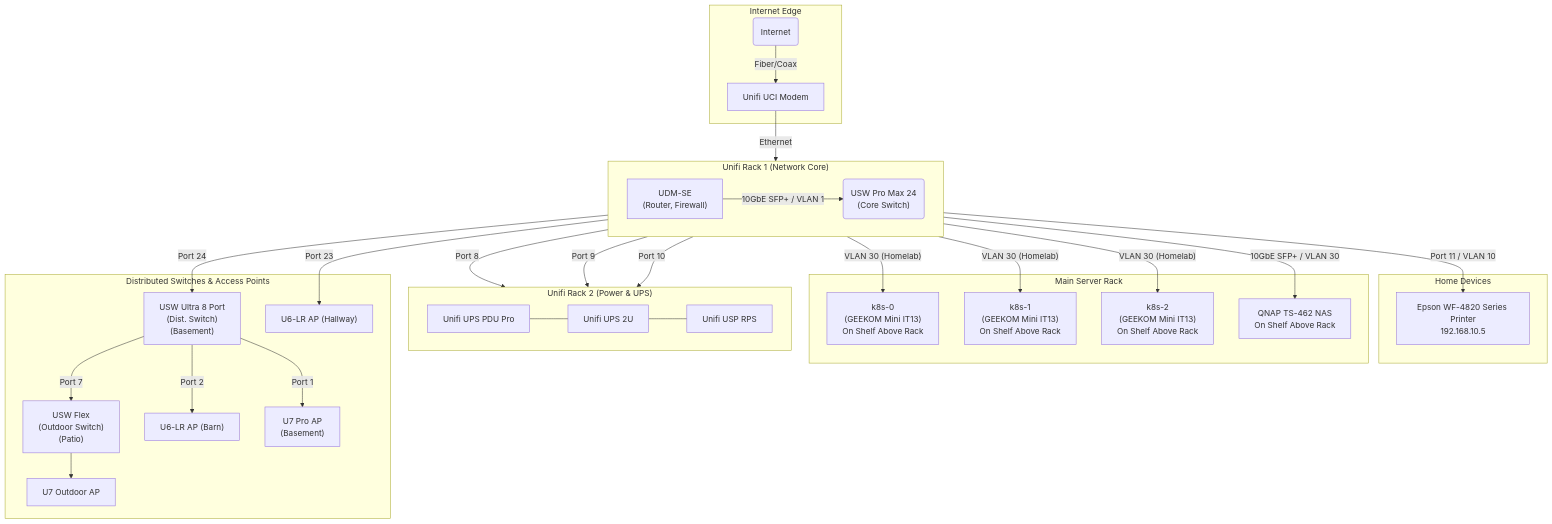
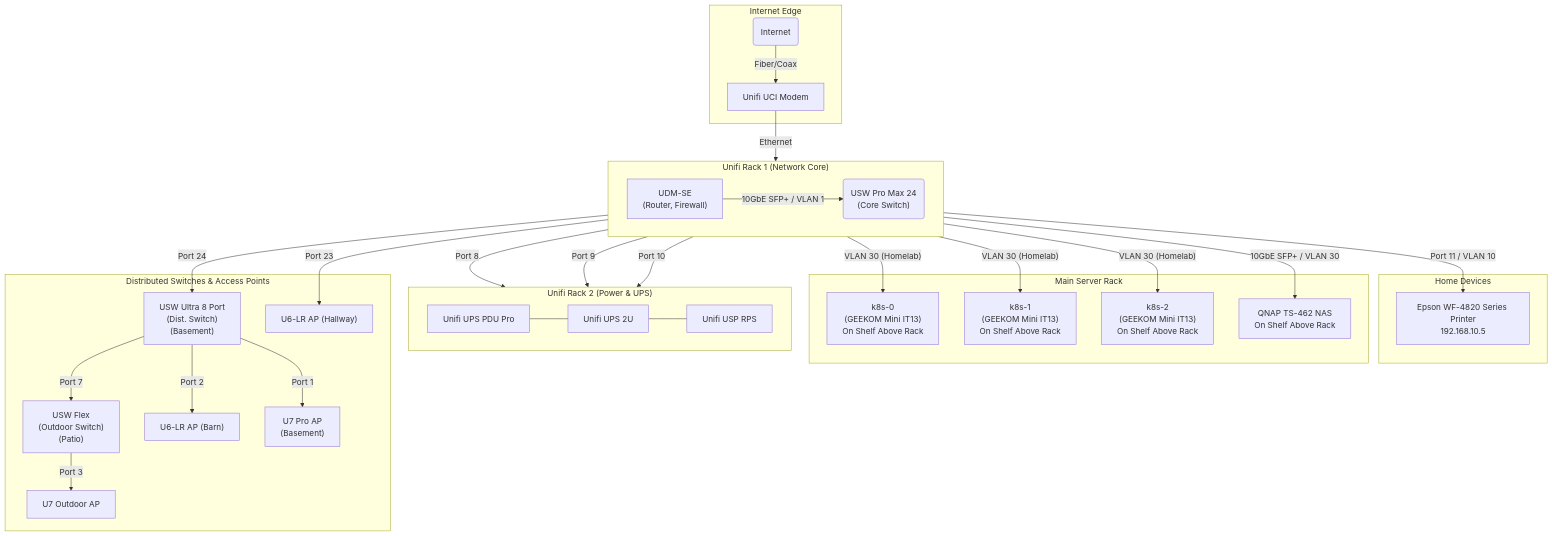
Before and after one commit to dmfrey/home-gitops: the diagram in infrastructure.md, drawn with Mermaid.

Commit message:
update infrastructure

````diff
--- a/infrastructure.md
+++ b/infrastructure.md
@@ -88,5 +88,5 @@
     USWUltra8 -- "Port 7" --> USWFlex
     USWUltra8 -- "Port 1" --> U7Pro
             USWUltra8 -- "Port 2" --> U6LR_Barn["U6-LR AP (Barn)"]
-    USWFlex --> U7Outdoor["U7 Outdoor AP"]
+    USWFlex -- "Port 3" --> U7Outdoor["U7 Outdoor AP"]
 ```
````
